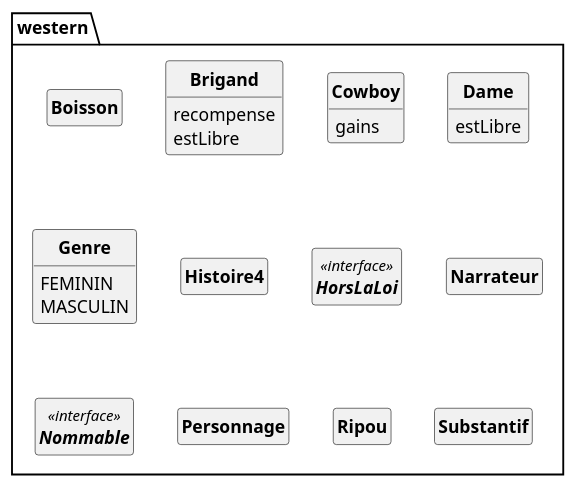
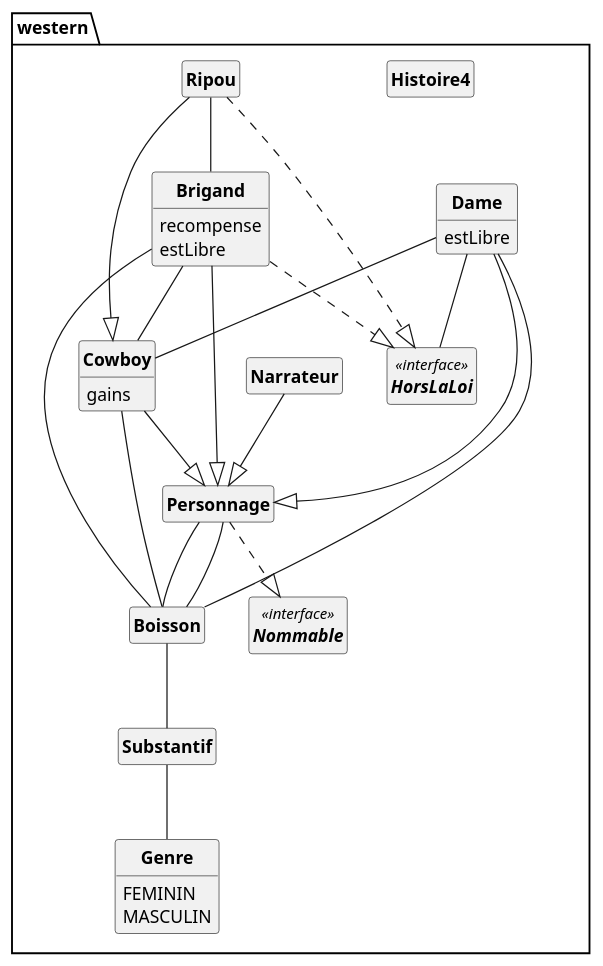
One commit to DimToups/Java-to-PUML-converter changed the diagram in out/production/p21_projet/pumlFromJava/westernClass.puml. Above: the diagram before and after it, drawn with PlantUML. The commit also changed 7 other files, not shown here.

```diff
--- a/out/production/p21_projet/pumlFromJava/westernClass.puml
+++ b/out/production/p21_projet/pumlFromJava/westernClass.puml
@@ -1,42 +1,80 @@
 @startuml
 'https://plantuml.com/class-diagram
 skinparam style strictuml
 skinparam classAttributeIconSize 0
 skinparam classFontStyle Bold
 
 hide empty members
 
 package western{
 class Boisson{
 }
 class Brigand{
 recompense
 estLibre
 }
 class Cowboy{
 gains
 }
 class Dame{
 estLibre
 }
 class Genre{
 FEMININ
 MASCULIN
 }
 class Histoire4{
 }
 interface HorsLaLoi<<interface>>{
 }
 class Narrateur{
 }
 interface Nommable<<interface>>{
 }
 class Personnage{
 }
 class Ripou{
 }
 class Substantif{
 }
 
+Boisson -- Substantif
+
+Brigand -- Cowboy
+
+Brigand -- Boisson
+
+Brigand --|> Personnage
+
+Brigand ..|> HorsLaLoi
+
+Cowboy -- Boisson
+
+Cowboy --|> Personnage
+
+Dame -- Cowboy
+
+Dame -- HorsLaLoi
+
+Dame -- Boisson
+
+Dame --|> Personnage
+
+Narrateur --|> Personnage
+
+Personnage -- Boisson
+
+Personnage -- Boisson
+
+Personnage ..|> Nommable
+
+Ripou -- Brigand
+
+Ripou --|> Cowboy
+
+Ripou ..|> HorsLaLoi
+
+Substantif -- Genre
+
 }
 @enduml
```
